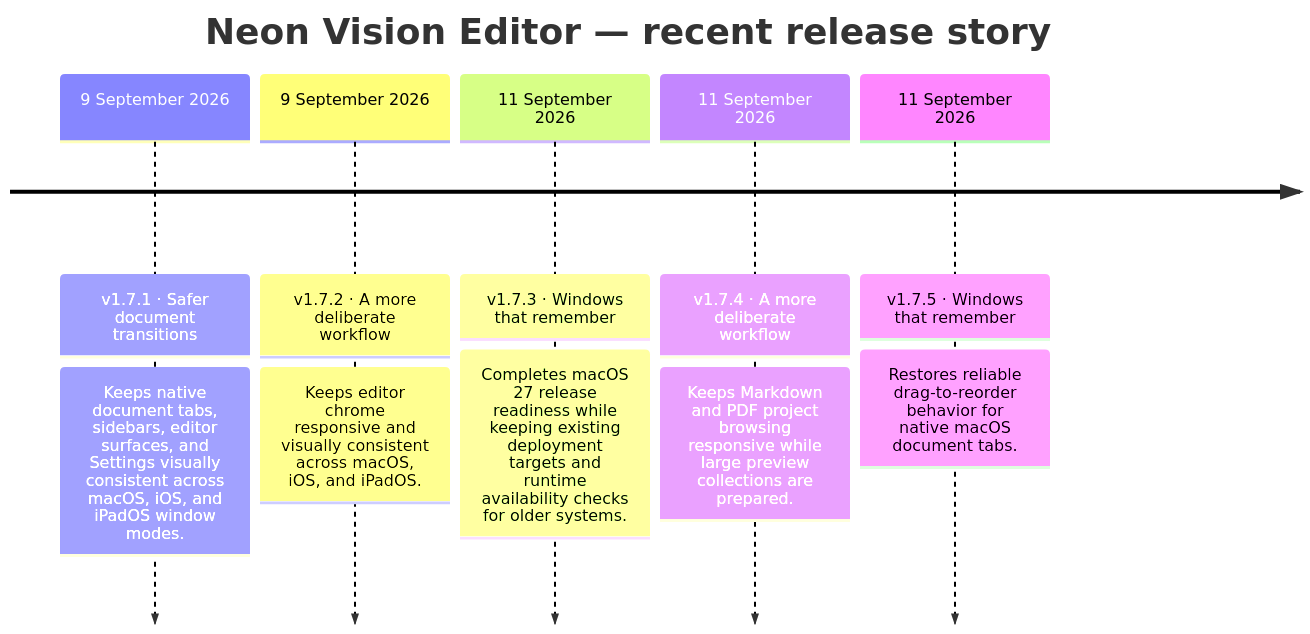
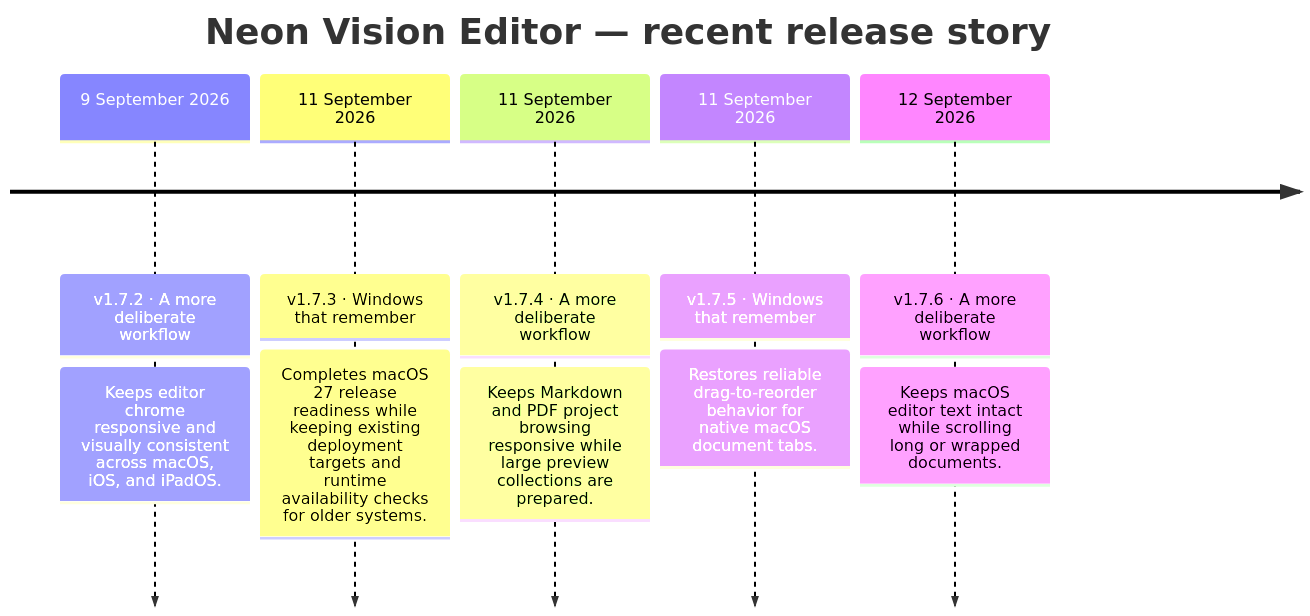
Before and after one commit to h3pdesign/Neon-Vision-Editor: the diagram in README.md, drawn with Mermaid. The commit also changed other lines of this file and 9 other files, not shown here.

````diff
--- a/README.md
+++ b/README.md
@@ -748,14 +746,14 @@
 ```mermaid
 timeline
     title Neon Vision Editor — recent release story
-    9 September 2026 : v1.7.1 · Safer document transitions
-                : Keeps native document tabs, sidebars, editor surfaces, and Settings visually consistent across macOS, iOS, and iPadOS window modes.
     9 September 2026 : v1.7.2 · A more deliberate workflow
                 : Keeps editor chrome responsive and visually consistent across macOS, iOS, and iPadOS.
     11 September 2026 : v1.7.3 · Windows that remember
                 : Completes macOS 27 release readiness while keeping existing deployment targets and runtime availability checks for older systems.
     11 September 2026 : v1.7.4 · A more deliberate workflow
                 : Keeps Markdown and PDF project browsing responsive while large preview collections are prepared.
     11 September 2026 : v1.7.5 · Windows that remember
                 : Restores reliable drag-to-reorder behavior for native macOS document tabs.
+    12 September 2026 : v1.7.6 · A more deliberate workflow
+                : Keeps macOS editor text intact while scrolling long or wrapped documents.
 ```
````
